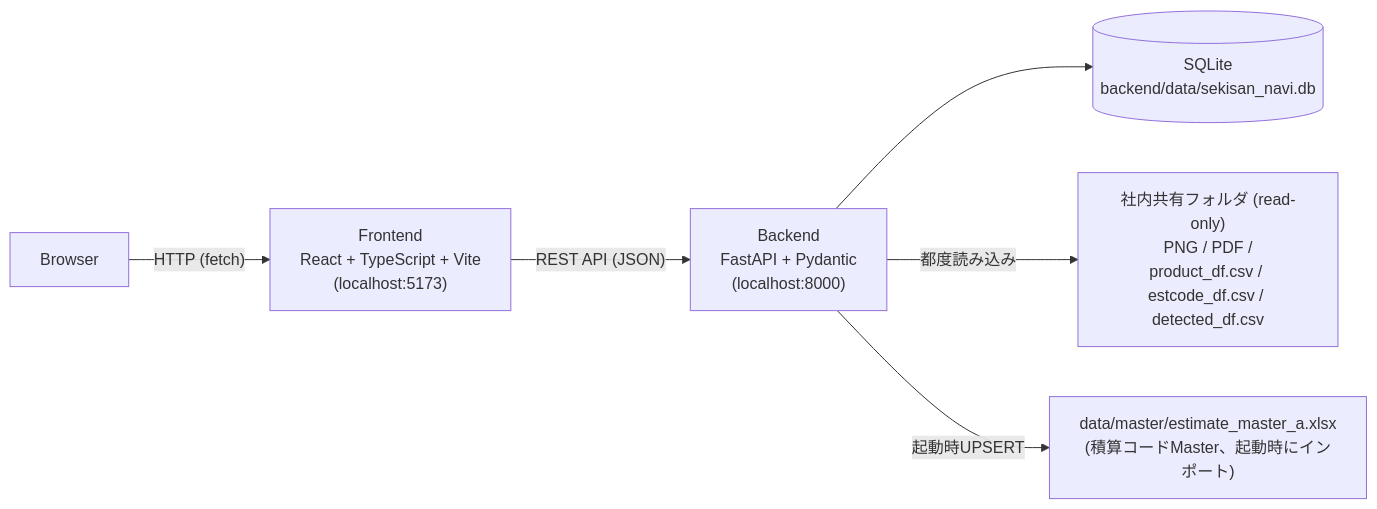
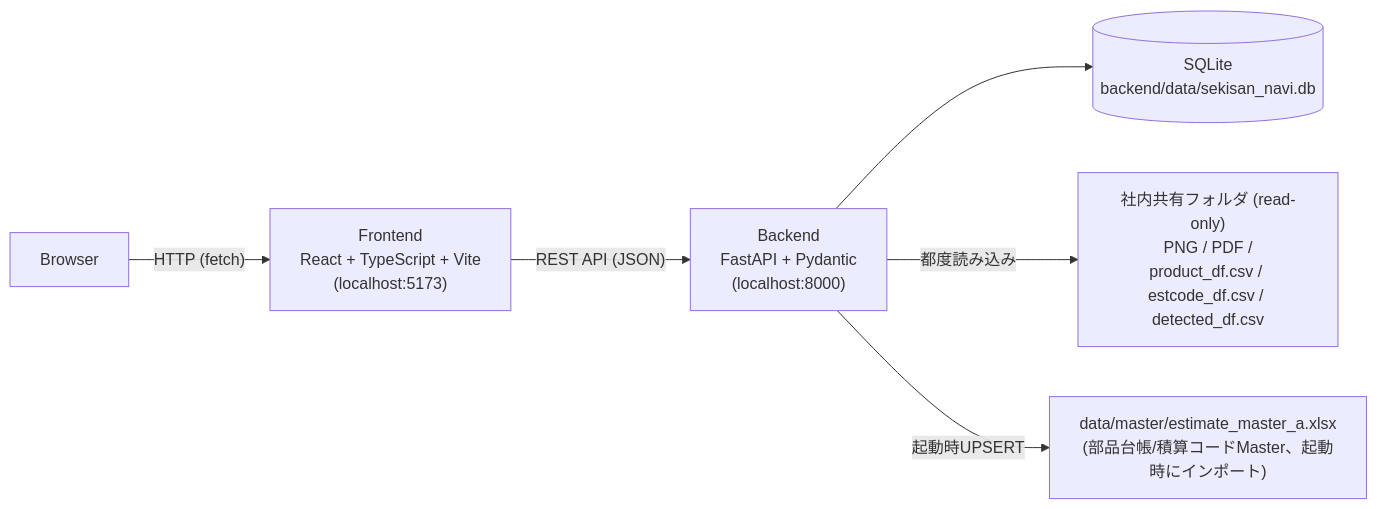
Before and after one commit to bs-shashimoto2048/SekisanNavi: the first of 11 diagrams in docs/architecture.md, drawn with Mermaid. The commit also changed other lines of this file and 6 other files, not shown here.

````diff
--- a/docs/architecture.md
+++ b/docs/architecture.md
@@ -11,15 +11,15 @@
 ```mermaid
 flowchart LR
     Browser["Browser"]
     Frontend["Frontend<br/>React + TypeScript + Vite<br/>(localhost:5173)"]
     Backend["Backend<br/>FastAPI + Pydantic<br/>(localhost:8000)"]
     SQLite[("SQLite<br/>backend/data/sekisan_navi.db")]
     Share["社内共有フォルダ (read-only)<br/>PNG / PDF /<br/>product_df.csv / estcode_df.csv / detected_df.csv"]
-    MasterExcel["data/master/estimate_master_a.xlsx<br/>(積算コードMaster、起動時にインポート)"]
+    MasterExcel["data/master/estimate_master_a.xlsx<br/>(部品台帳/積算コードMaster、起動時にインポート)"]
 
     Browser -- "HTTP (fetch)" --> Frontend
     Frontend -- "REST API (JSON)" --> Backend
     Backend --> SQLite
     Backend -- "都度読み込み" --> Share
     Backend -- "起動時UPSERT" --> MasterExcel
 ```
````
